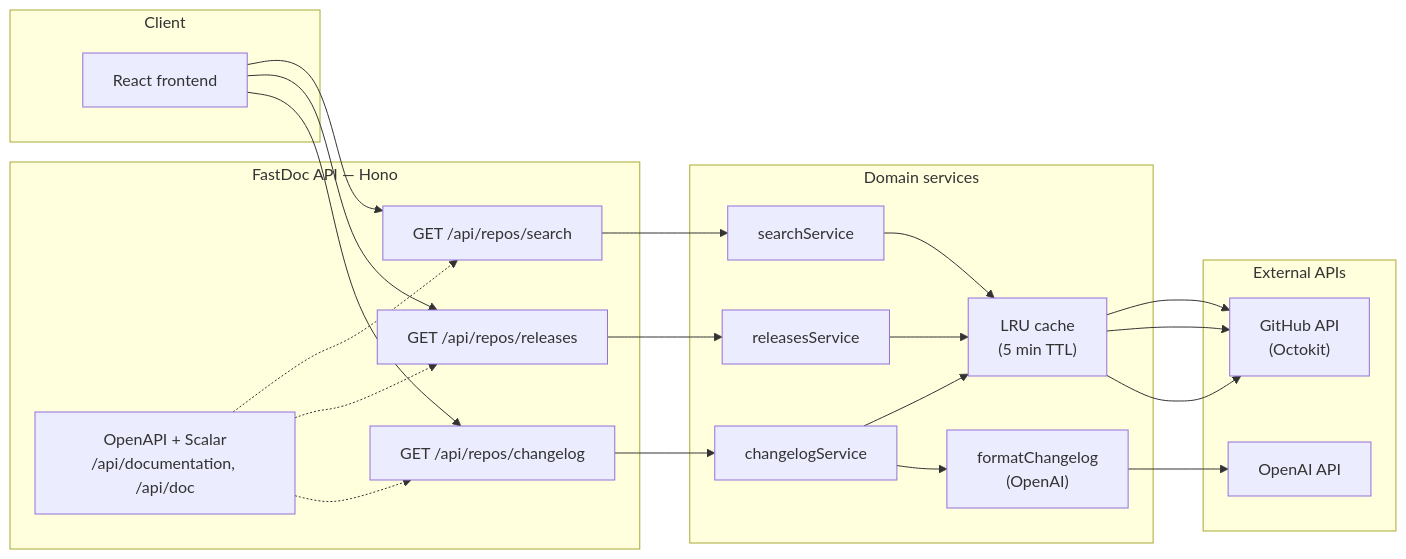
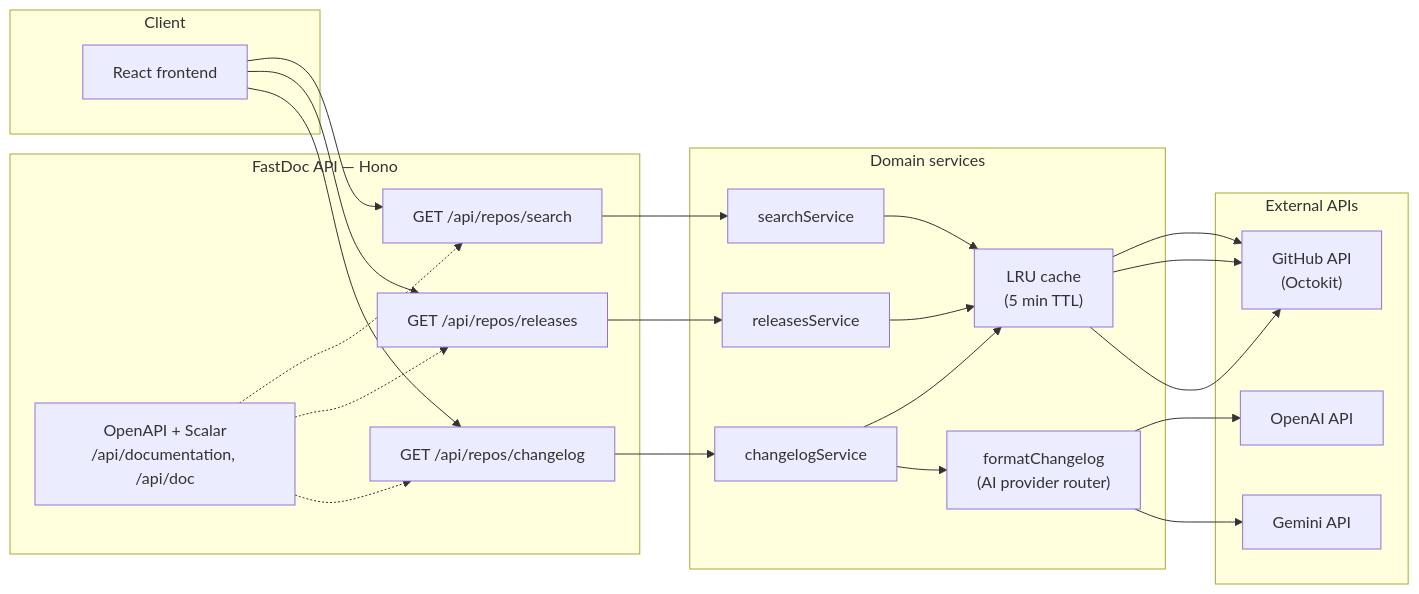
Before and after one commit to soto0/FastDoc-backend: the first of 2 diagrams in README.md, drawn with Mermaid. The commit also changed other lines of this file and 22 other files, not shown here.

First line of the commit message:
feat: Integrate Gemini AI provider for changelog formatting

````diff
--- a/README.md
+++ b/README.md
@@ -46,33 +46,34 @@
 ```mermaid
 flowchart LR
     subgraph Client["Client"]
         FE["React frontend"]
     end
 
     subgraph API["FastDoc API — Hono"]
         S["GET /api/repos/search"]
         R["GET /api/repos/releases"]
         C["GET /api/repos/changelog"]
         O["OpenAPI + Scalar\n/api/documentation, /api/doc"]
     end
 
     subgraph Core["Domain services"]
         RS["searchService"]
         RL["releasesService"]
         CL["changelogService"]
-        FC["formatChangelog\n(OpenAI)"]
+        FC["formatChangelog\n(AI provider router)"]
         CACHE["LRU cache\n(5 min TTL)"]
     end
 
     subgraph External["External APIs"]
         OAI["OpenAI API"]
+        GEM["Gemini API"]
         GH["GitHub API\n(Octokit)"]
     end
 
     FE --> S & R & C
     S --> RS --> CACHE --> GH
     R --> RL --> CACHE --> GH
     C --> CL --> CACHE --> GH
-    CL --> FC --> OAI
+    CL --> FC --> OAI & GEM
     O -.-> S & R & C
 ```
````
